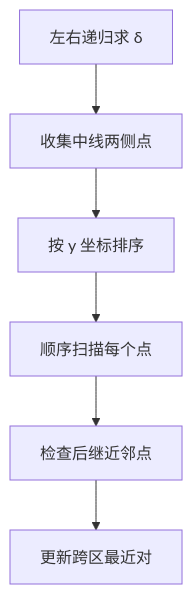
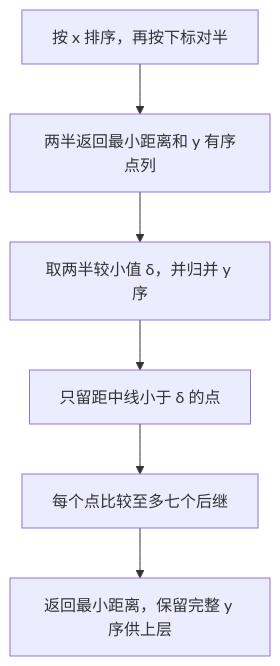
The diagram in topics/算法分析/最近点对问题.md (hicancan/njupt-knowledge), drawn with Mermaid before and after one commit. The commit also changed other lines of this file and 9 other files, not shown here.

````diff
--- a/topics/算法分析/最近点对问题.md
+++ b/topics/算法分析/最近点对问题.md
@@ -34,8 +10,8 @@
 ```mermaid
 flowchart TD
-    A["左右递归求 δ"] --> B["收集中线两侧点"]
-    B --> C["按 y 坐标排序"]
-    C --> D["顺序扫描每个点"]
-    D --> E["检查后继近邻点"]
-    E --> F["更新跨区最近对"]
+    A["按 x 排序，再按下标对半"] --> B["两半返回最小距离和 y 有序点列"]
+    B --> C["取两半较小值 δ，并归并 y 序"]
+    C --> D["只留距中线小于 δ 的点"]
+    D --> E["每个点比较至多七个后继"]
+    E --> F["返回最小距离，保留完整 y 序供上层"]
 ```
````
